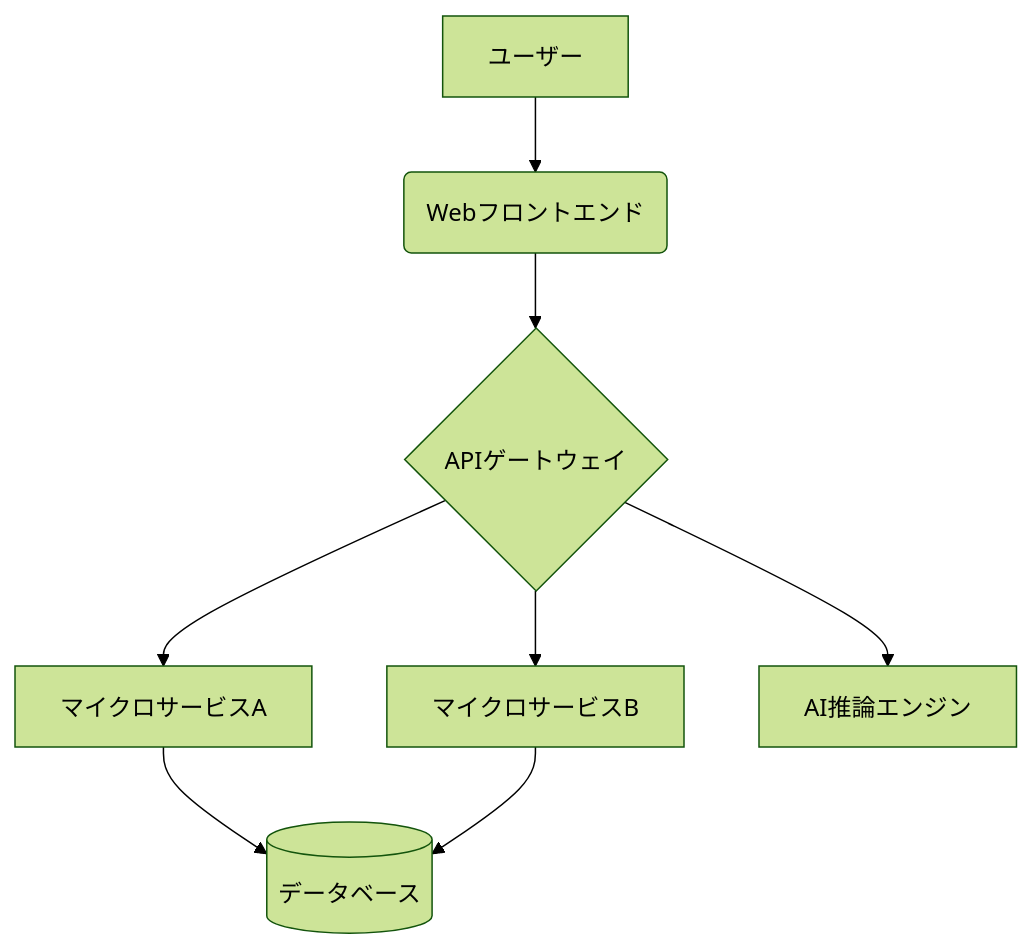
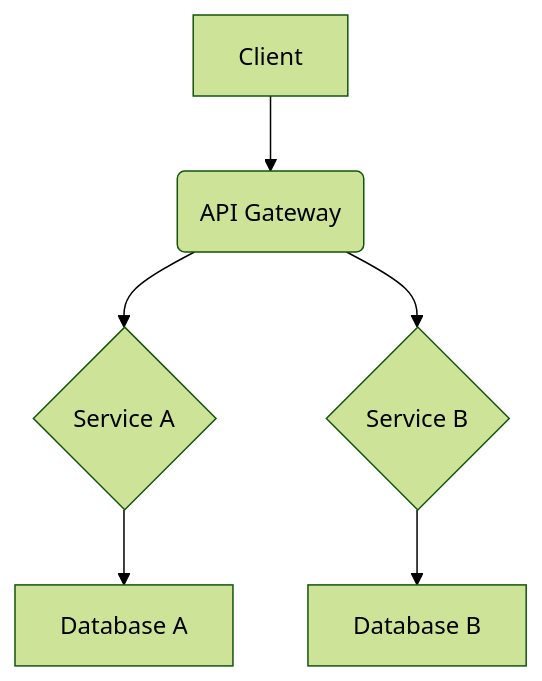
One commit to ootakazuhiko/ai-development-workflow-template changed the diagram in docs/ARCHITECTURE.md. Above: the diagram before and after it, drawn with Mermaid (forest theme). The commit also changed other lines of this file and 14 other files, not shown here.

````diff
--- a/docs/ARCHITECTURE.md
+++ b/docs/ARCHITECTURE.md
@@ -23,10 +15,8 @@
 ```mermaid
 graph TD
-    A[ユーザー] --> B(Webフロントエンド);
-    B --> C{APIゲートウェイ};
-    C --> D[マイクロサービスA];
-    C --> E[マイクロサービスB];
-    D --> F[(データベース)];
-    E --> F;
-    C --> G[AI推論エンジン];
+    A[Client] --> B(API Gateway)
+    B --> C{Service A}
+    B --> D{Service B}
+    C --> E[Database A]
+    D --> F[Database B]
 ```
````
